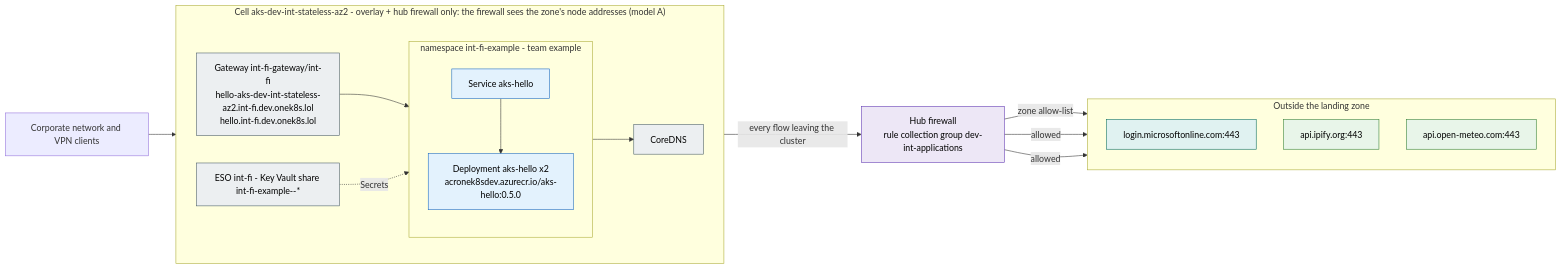
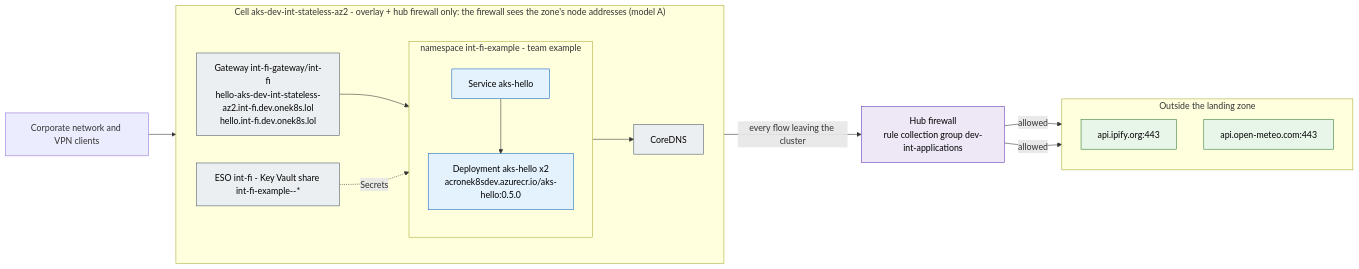
One commit to olljanat-ai/azure-landing-zone changed the diagram in docs/traffic-flows/dev-int/int-fi-example.md. Above: the diagram before and after it, drawn with Mermaid. The commit also changed other lines of this file and 3 other files, not shown here.

First line of the commit message:
Traffic flow pages regenerated: zone allow-list and platform rules on the zone pages only (#82)

````diff
--- a/docs/traffic-flows/dev-int/int-fi-example.md
+++ b/docs/traffic-flows/dev-int/int-fi-example.md
@@ -15,44 +15,41 @@
 ```mermaid
 flowchart LR
     client["Corporate network and VPN clients"]
     subgraph CELL["Cell aks-dev-int-stateless-az2 - overlay + hub firewall only: the firewall sees the zone's node addresses (model A)"]
         direction LR
         gw["Gateway int-fi-gateway/int-fi<br/>hello-aks-dev-int-stateless-az2.int-fi.dev.onek8s.lol<br/>hello.int-fi.dev.onek8s.lol"]
         subgraph NS["namespace int-fi-example - team example"]
             direction TB
             svc_aks_hello["Service aks-hello"]
             wl_aks_hello["Deployment aks-hello x2<br/>acronek8sdev.azurecr.io/aks-hello:0.5.0"]
         end
         dns["CoreDNS"]
         eso["ESO int-fi - Key Vault share int-fi-example--*"]
     end
     fw["Hub firewall<br/>rule collection group dev-int-applications"]
     subgraph OUT["Outside the landing zone"]
         direction TB
-        d_login_microsoftonline_com["login.microsoftonline.com:443"]
         d_api_ipify_org["api.ipify.org:443"]
         d_api_open_meteo_com["api.open-meteo.com:443"]
     end
     client --> gw
     gw --> svc_aks_hello
     svc_aks_hello --> wl_aks_hello
     wl_aks_hello --> dns
     eso -.->|"Secrets"| wl_aks_hello
     wl_aks_hello -->|"every flow leaving the cluster"| fw
-    fw -->|"zone allow-list"| d_login_microsoftonline_com
     fw -->|"allowed"| d_api_ipify_org
     fw -->|"allowed"| d_api_open_meteo_com
     classDef ns fill:#e3f2fd,stroke:#1565c0,color:#000
     classDef platform fill:#eceff1,stroke:#455a64,color:#000
     classDef fw fill:#ede7f6,stroke:#5e35b1,color:#000
     classDef allowed fill:#e8f5e9,stroke:#2e7d32,color:#000
     classDef unexplained fill:#fff8e1,stroke:#ef6c00,color:#000
     classDef missing fill:#ffebee,stroke:#c62828,color:#000,stroke-dasharray: 5 5
     classDef proposed fill:#f3e5f5,stroke:#7b1fa2,color:#000,stroke-dasharray: 5 5
     classDef zone fill:#e0f2f1,stroke:#00695c,color:#000
     class gw,dns,eso platform
     class fw fw
     class svc_aks_hello,wl_aks_hello ns
     class d_api_ipify_org,d_api_open_meteo_com allowed
-    class d_login_microsoftonline_com zone
 ```
````
